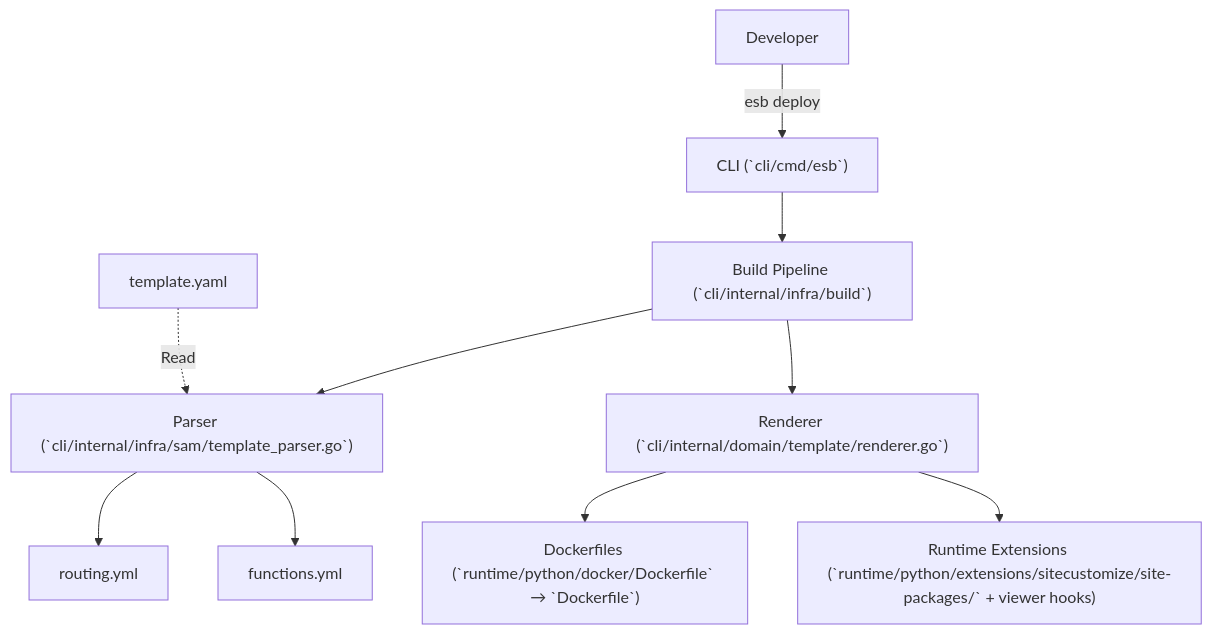
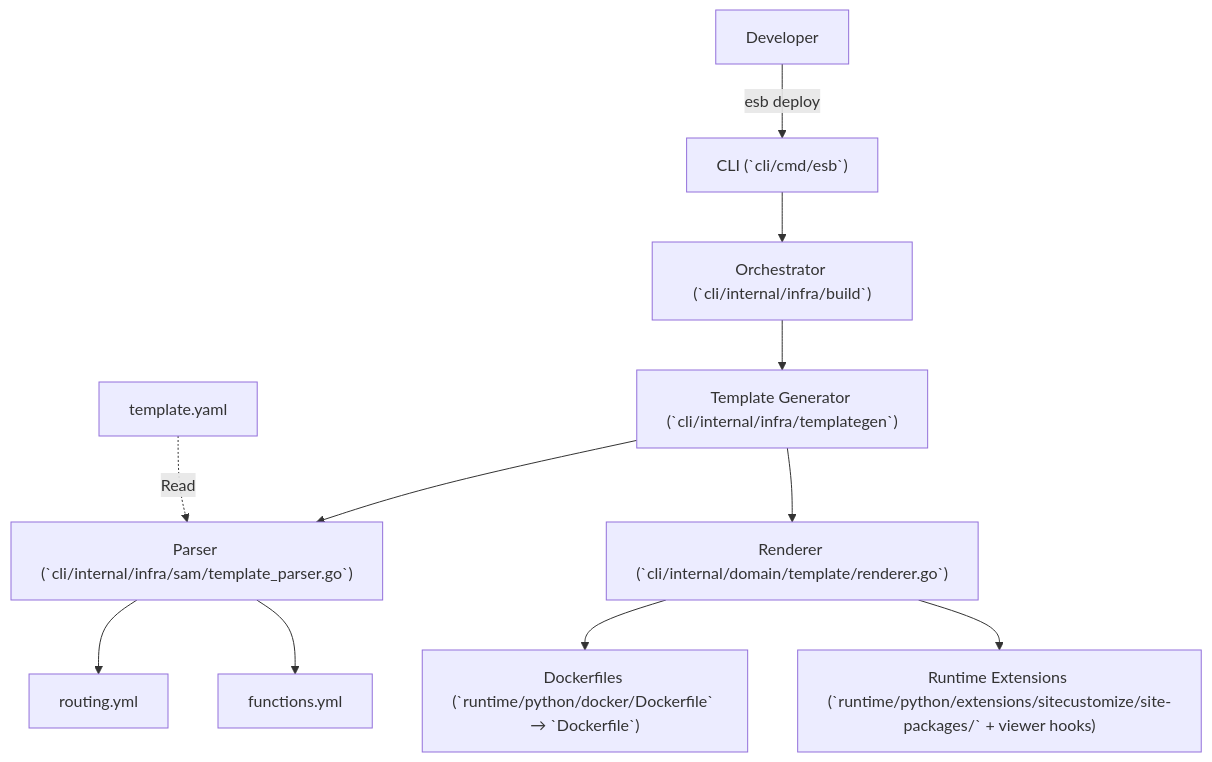
The diagram in docs/generator-architecture.md (poruru-code/esb-cli), drawn with Mermaid before and after one commit. The commit also changed other lines of this file and 105 other files, not shown here.

````diff
--- a/docs/generator-architecture.md
+++ b/docs/generator-architecture.md
@@ -16,16 +16,17 @@
 ```mermaid
 flowchart TD
     User["Developer"] -->|"esb deploy"| CLI["CLI (`cli/cmd/esb`)"]
 
-    CLI --> Build["Build Pipeline (`cli/internal/infra/build`)"]
-    Build --> Parser["Parser (`cli/internal/infra/sam/template_parser.go`)"]
-    Build --> Renderer["Renderer (`cli/internal/domain/template/renderer.go`)"]
+    CLI --> Build["Orchestrator (`cli/internal/infra/build`)"]
+    Build --> Gen["Template Generator (`cli/internal/infra/templategen`)"]
+    Gen --> Parser["Parser (`cli/internal/infra/sam/template_parser.go`)"]
+    Gen --> Renderer["Renderer (`cli/internal/domain/template/renderer.go`)"]
 
     SAM["template.yaml"] -.->|Read| Parser
 
     Parser --> Routing["routing.yml"]
     Parser --> Functions["functions.yml"]
 
     Renderer --> Dockerfiles["Dockerfiles (`runtime/python/docker/Dockerfile` → `Dockerfile`)"]
     Renderer --> RuntimeHooks["Runtime Extensions (`runtime/python/extensions/sitecustomize/site-packages/` + viewer hooks)"]
 ```
````
